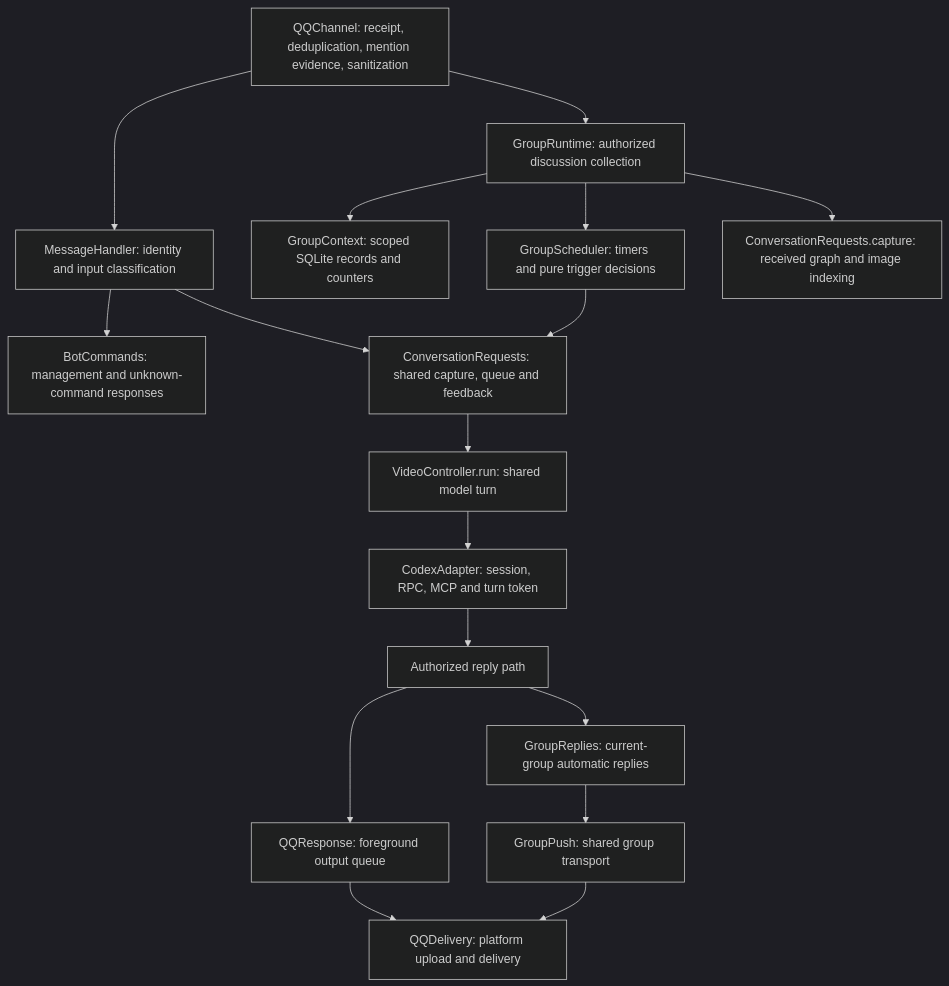
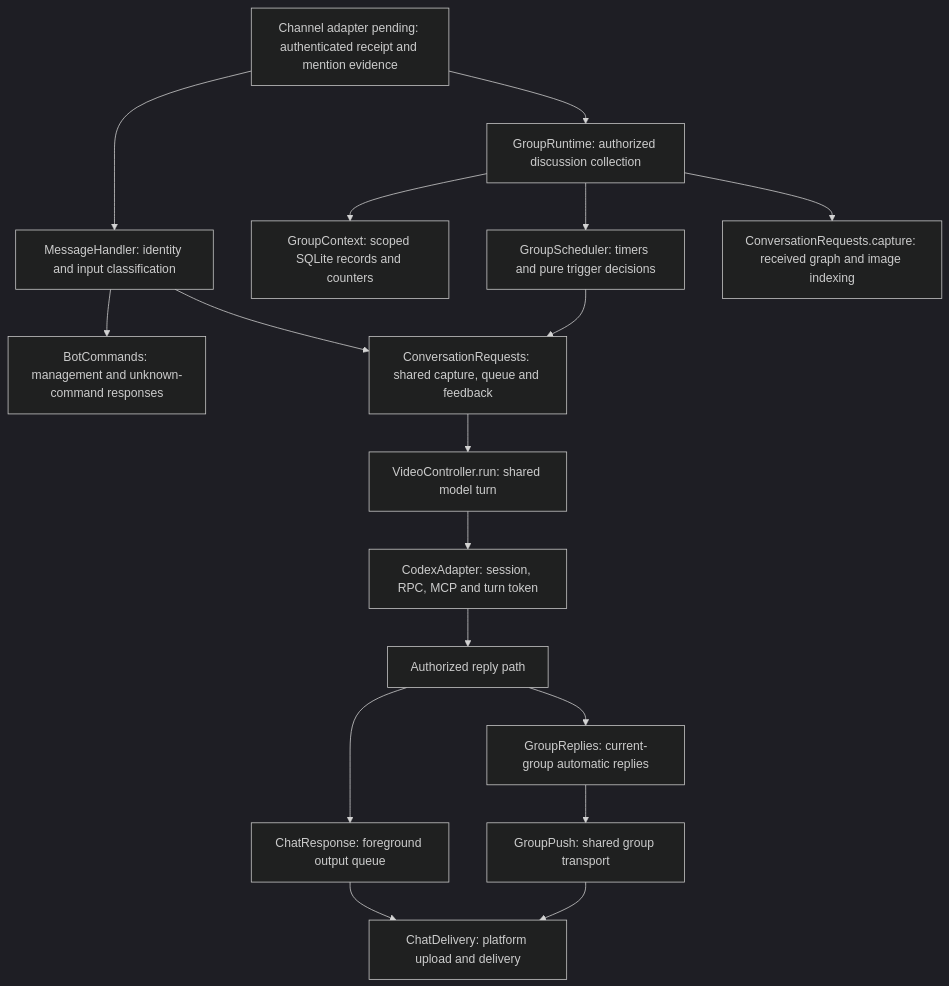
The diagram in docs/architecture.md (PerviousFurther/codex-qqbot), drawn with Mermaid (dark theme) before and after one commit. The commit also changed other lines of this file and 46 other files, not shown here.

````diff
--- a/docs/architecture.md
+++ b/docs/architecture.md
@@ -5,20 +5,20 @@
 ```mermaid
 flowchart TD
-    QQ[QQChannel: receipt, deduplication, mention evidence, sanitization]
+    QQ[Channel adapter pending: authenticated receipt and mention evidence]
     QQ --> GR[GroupRuntime: authorized discussion collection]
     QQ --> MH[MessageHandler: identity and input classification]
     MH --> CMD[BotCommands: management and unknown-command responses]
     MH --> REQ[ConversationRequests: shared capture, queue and feedback]
     GR --> DB[GroupContext: scoped SQLite records and counters]
     GR --> S[GroupScheduler: timers and pure trigger decisions]
     S --> REQ
     GR --> CAP[ConversationRequests.capture: received graph and image indexing]
     REQ --> TURN[VideoController.run: shared model turn]
     TURN --> CODEX[CodexAdapter: session, RPC, MCP and turn token]
     CODEX --> RR[Authorized reply path]
-    RR --> RESP[QQResponse: foreground output queue]
+    RR --> RESP[ChatResponse: foreground output queue]
     RR --> GREP[GroupReplies: current-group automatic replies]
     GREP --> PUSH[GroupPush: shared group transport]
-    RESP --> DEL[QQDelivery: platform upload and delivery]
+    RESP --> DEL[ChatDelivery: platform upload and delivery]
     PUSH --> DEL
 ```
````
